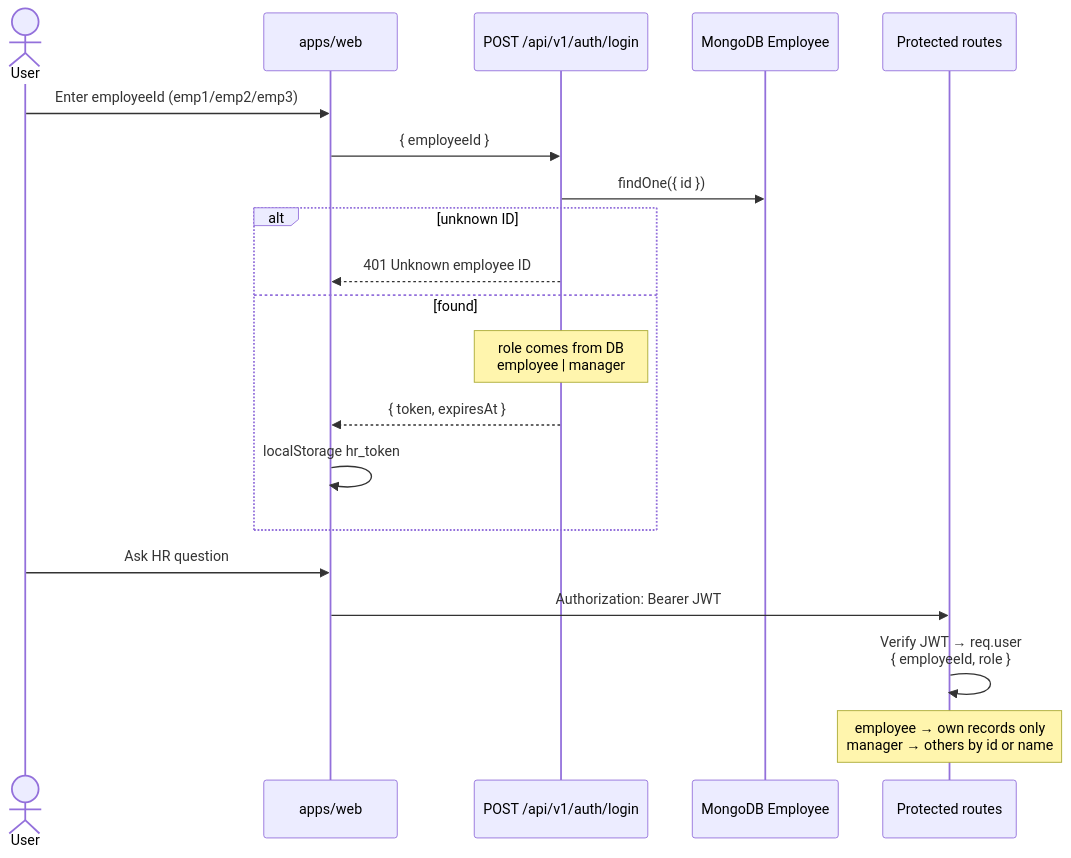
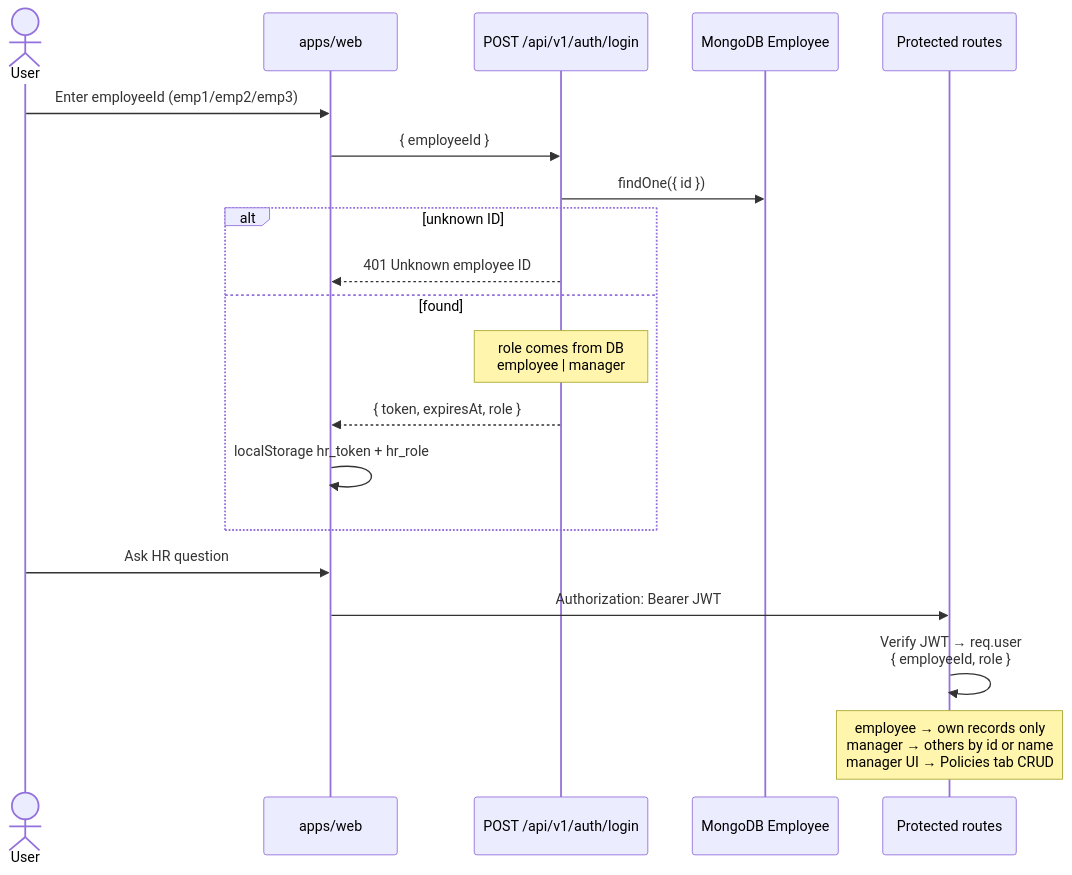
One commit to sriramkasyap/Airtribe-AI-HR-Helpdesk-Assistant changed the fourth of 11 diagrams in ARCHITECTURE.md. Above: the diagram before and after it, drawn with Mermaid. The commit also changed other lines of this file and 17 other files, not shown here.

First line of the commit message:
feat: add manager-only HR policies management

````diff
--- a/ARCHITECTURE.md
+++ b/ARCHITECTURE.md
@@ -132,25 +133,25 @@
 ```mermaid
 sequenceDiagram
   actor User
   participant Web as apps/web
   participant Auth as POST /api/v1/auth/login
   participant DB as MongoDB Employee
   participant Chat as Protected routes
 
   User->>Web: Enter employeeId (emp1/emp2/emp3)
   Web->>Auth: { employeeId }
   Auth->>DB: findOne({ id })
   alt unknown ID
     Auth-->>Web: 401 Unknown employee ID
   else found
     Note over Auth: role comes from DB<br/>employee | manager
-    Auth-->>Web: { token, expiresAt }
-    Web->>Web: localStorage hr_token
+    Auth-->>Web: { token, expiresAt, role }
+    Web->>Web: localStorage hr_token + hr_role
   end
 
   User->>Web: Ask HR question
   Web->>Chat: Authorization: Bearer JWT
   Chat->>Chat: Verify JWT → req.user<br/>{ employeeId, role }
 
-  Note over Chat: employee → own records only<br/>manager → others by id or name
+  Note over Chat: employee → own records only<br/>manager → others by id or name<br/>manager UI → Policies tab CRUD
 ```
````
